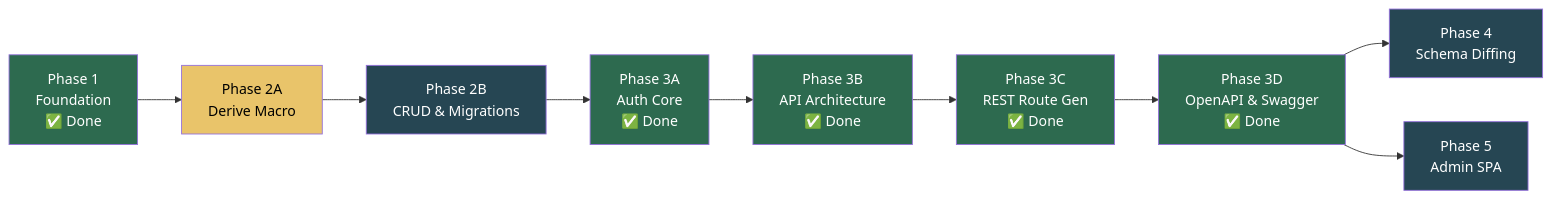
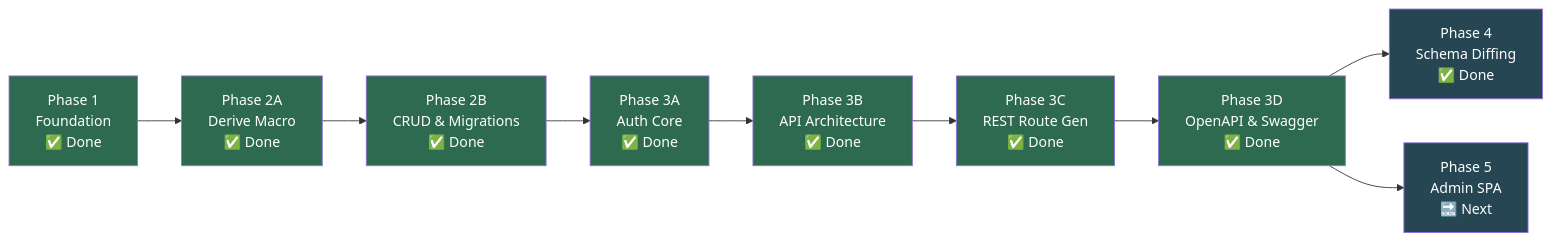
One commit to wends155/brom changed the second of 2 diagrams in roadmap.md. Above: the diagram before and after it, drawn with Mermaid. The commit also changed other lines of this file and 11 other files, not shown here.

````diff
--- a/roadmap.md
+++ b/roadmap.md
@@ -76,31 +76,33 @@
 ```mermaid
 graph LR
     P1["Phase 1<br/>Foundation<br/>✅ Done"]
-    P2A["Phase 2A<br/>Derive Macro"]
-    P2B["Phase 2B<br/>CRUD & Migrations"]
+    P2A["Phase 2A<br/>Derive Macro<br/>✅ Done"]
+    P2B["Phase 2B<br/>CRUD & Migrations<br/>✅ Done"]
     P3A["Phase 3A<br/>Auth Core<br/>✅ Done"]
     P3B["Phase 3B<br/>API Architecture<br/>✅ Done"]
     P3C["Phase 3C<br/>REST Route Gen<br/>✅ Done"]
     P3D["Phase 3D<br/>OpenAPI & Swagger<br/>✅ Done"]
-    P4["Phase 4<br/>Schema Diffing"]
-    P5["Phase 5<br/>Admin SPA"]
+    P4["Phase 4<br/>Schema Diffing<br/>✅ Done"]
+    P5["Phase 5<br/>Admin SPA<br/>🔜 Next"]
 
     P1 --> P2A
     P2A --> P2B
     P2B --> P3A
     P3A --> P3B
     P3B --> P3C
     P3C --> P3D
     P3D --> P4
     P3D --> P5
 
     style P1 fill:#2d6a4f,color:#fff
-    style P2A fill:#e9c46a,color:#000
-    style P2B fill:#264653,color:#fff
+    style P2A fill:#2d6a4f,color:#fff
+    style P2B fill:#2d6a4f,color:#fff
+    style P4 fill:#2d6a4f,color:#fff
+    style P5 fill:#e9c46a,color:#000
     style P3A fill:#2d6a4f,color:#fff
     style P3B fill:#2d6a4f,color:#fff
     style P3C fill:#2d6a4f,color:#fff
     style P3D fill:#2d6a4f,color:#fff
     style P4 fill:#264653,color:#fff
     style P5 fill:#264653,color:#fff
 ```
````
